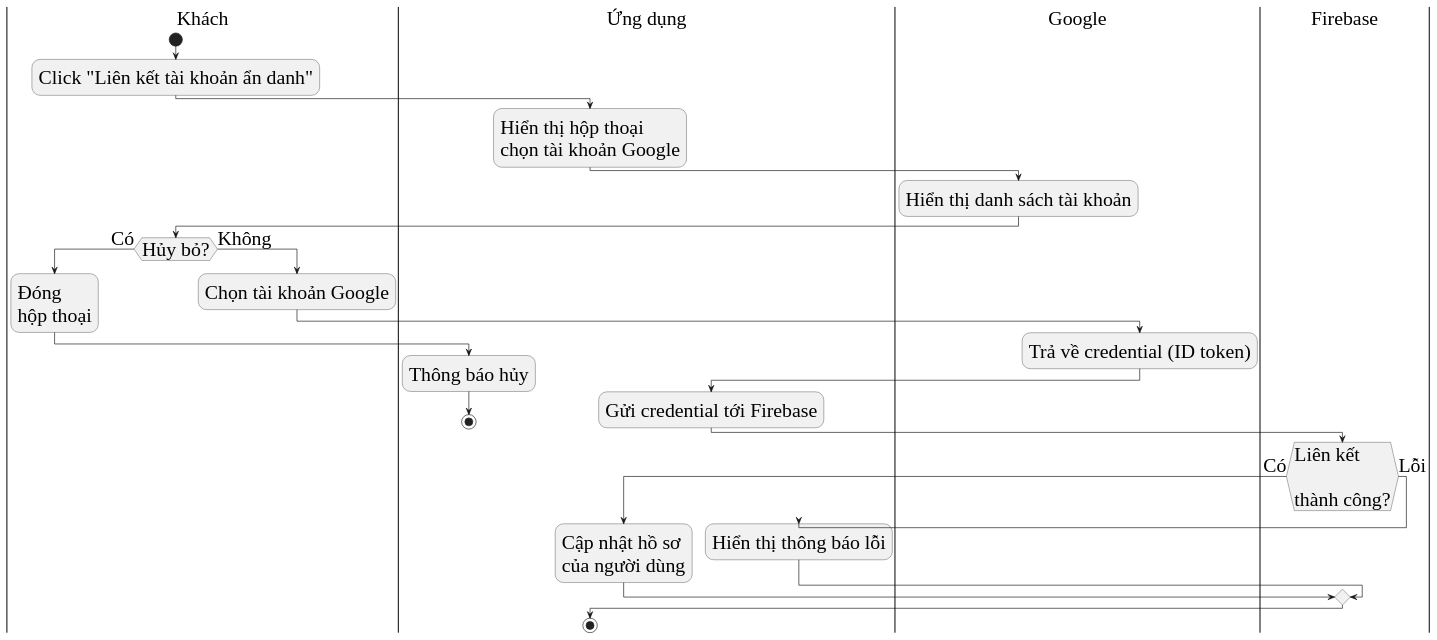
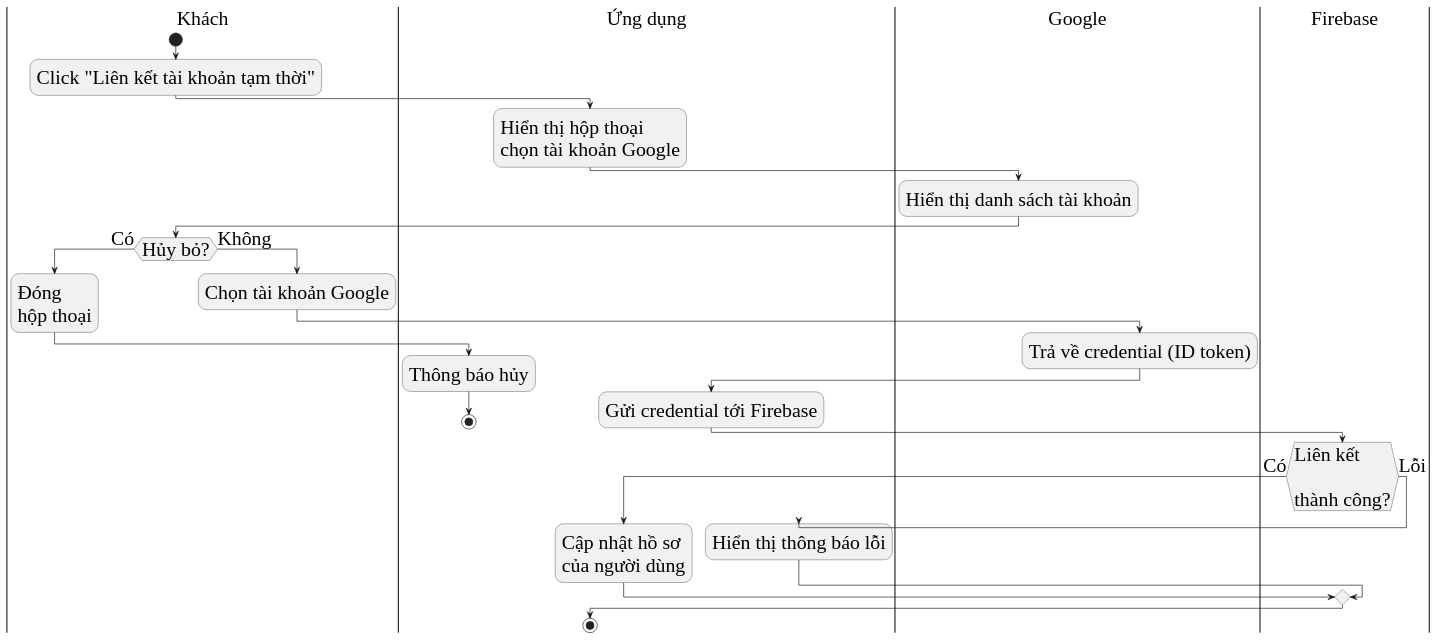
Before and after one commit to thecodinglife320/CookGood: the diagram in diagram/google_link.puml, drawn with PlantUML. The commit also changed 66 other files, not shown here.

```diff
--- a/diagram/google_link.puml
+++ b/diagram/google_link.puml
@@ -1,36 +1,36 @@
 @startuml
 skinparam DefaultFontName "Liberation Serif"
 skinparam DefaultFontSize 30
 
 |Khách|
 start
-:Click "Liên kết tài khoản ẩn danh";
+:Click "Liên kết tài khoản tạm thời";
 |Ứng dụng|
 :Hiển thị hộp thoại \nchọn tài khoản Google;
 |Google|
 :Hiển thị danh sách tài khoản;
 |Khách|
 if (Hủy bỏ?) then (Có)
   :Đóng
   hộp thoại;
   |Ứng dụng|
   :Thông báo hủy;
   stop
 else (Không)
 	|Khách|
   :Chọn tài khoản Google;
   |Google|
   :Trả về credential (ID token);
   |Ứng dụng|
   :Gửi credential tới Firebase;
   |Firebase|
   if (Liên kết\n\nthành công?) then (Có)
     |Ứng dụng|
     :Cập nhật hồ sơ \ncủa người dùng;
   else (Lỗi)
     |Ứng dụng|
     :Hiển thị thông báo lỗi;
   endif
 endif
 stop
 @enduml
```
